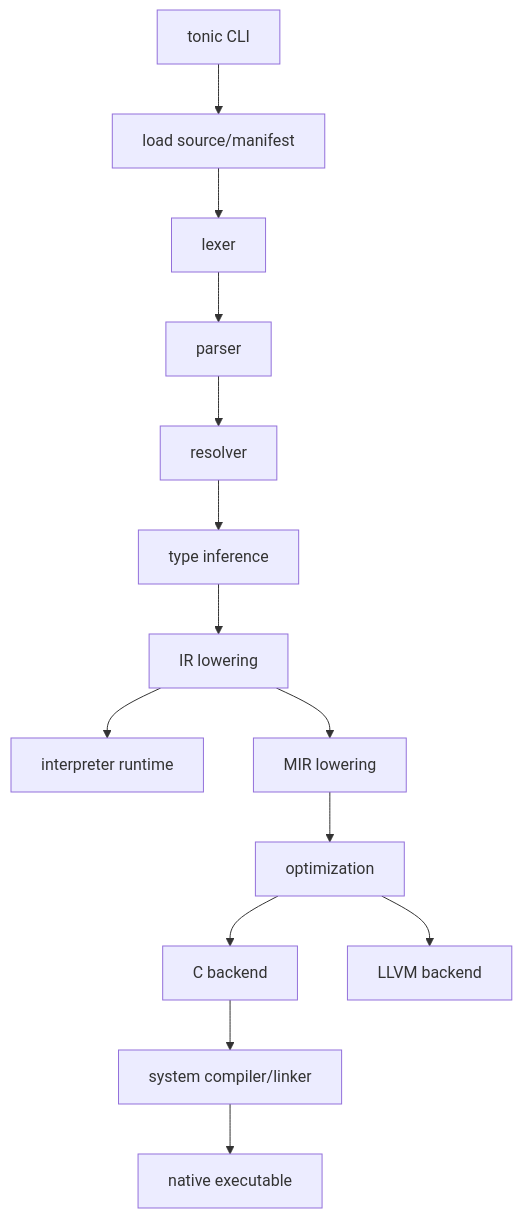
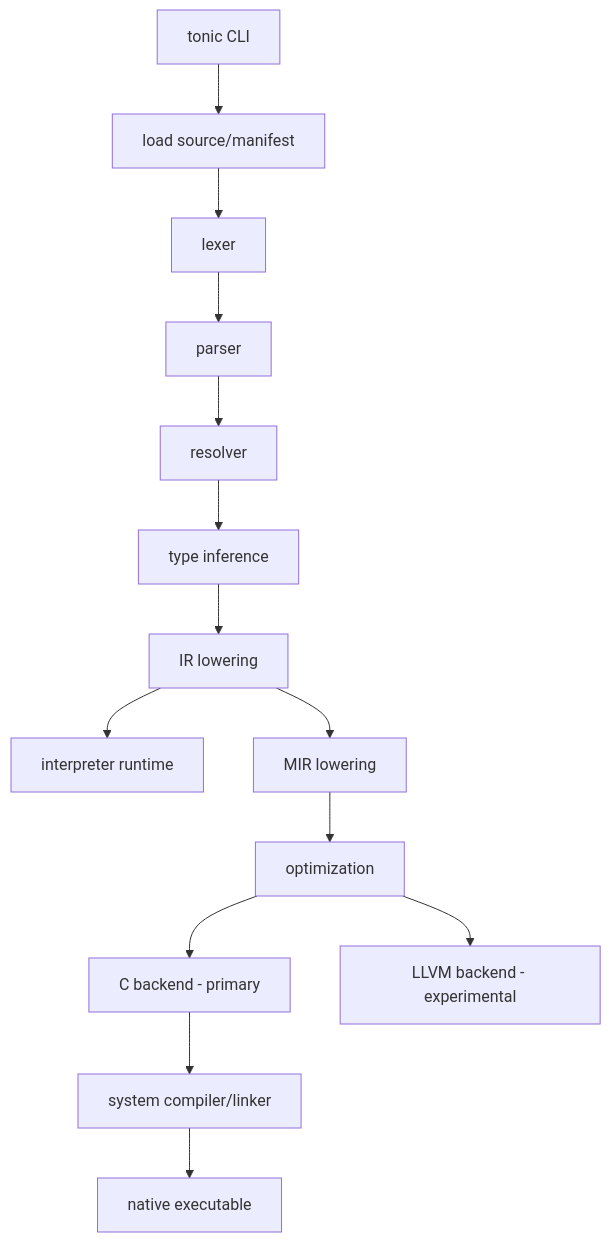
One commit to mikeyobrien/tonic changed the diagram in README.md. Above: the diagram before and after it, drawn with Mermaid. The commit also changed other lines of this file and 68 other files, not shown here.

````diff
--- a/README.md
+++ b/README.md
@@ -135,18 +135,18 @@
 ```mermaid
 graph TD
     CLI[tonic CLI]
     CLI --> LOAD[load source/manifest]
     LOAD --> LEX[lexer]
     LEX --> PARSE[parser]
     PARSE --> RESOLVE[resolver]
     RESOLVE --> TYPE[type inference]
     TYPE --> IR[IR lowering]
 
     IR --> INTERP[interpreter runtime]
     IR --> MIR[MIR lowering]
     MIR --> OPT[optimization]
-    OPT --> CBACK[C backend]
-    OPT --> LLVM[LLVM backend]
+    OPT --> CBACK[C backend - primary]
+    OPT --> LLVM[LLVM backend - experimental]
     CBACK --> LINK[system compiler/linker]
     LINK --> EXE[native executable]
 ```
````
